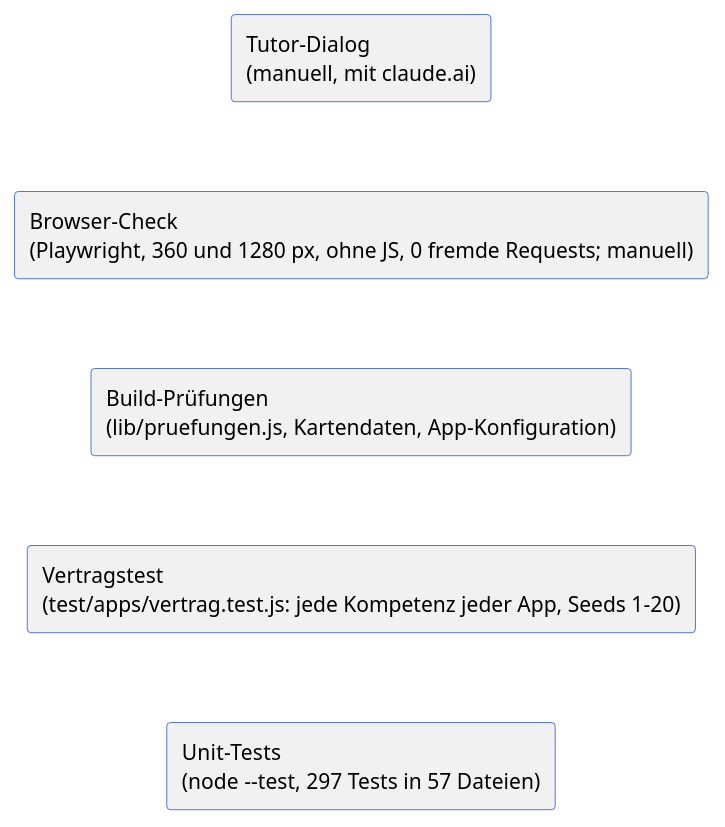
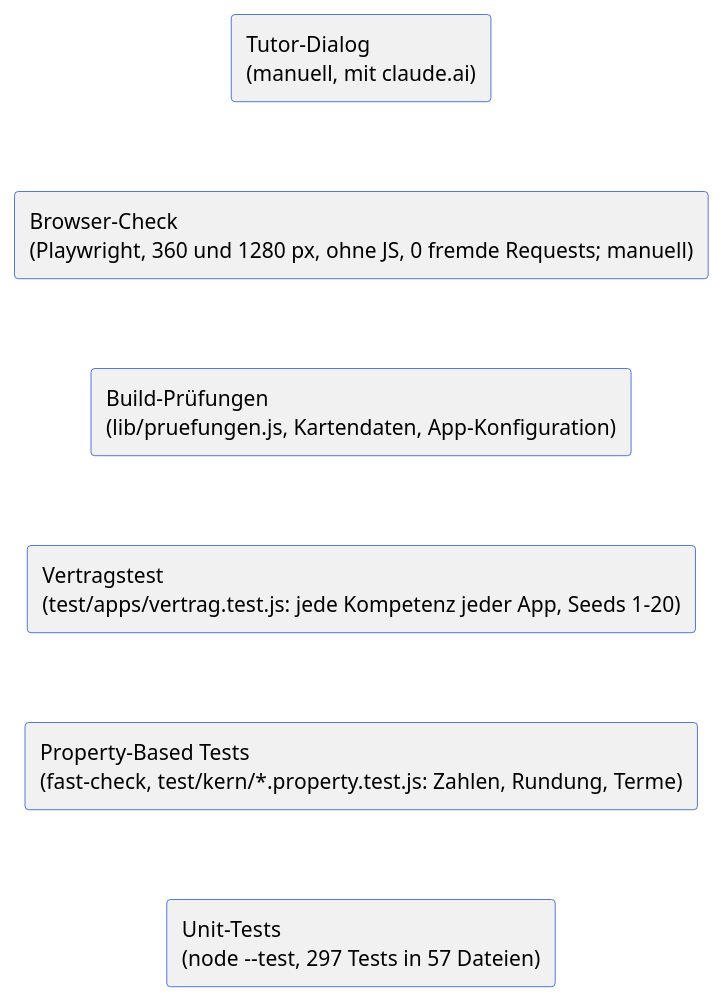
Before and after one commit to lernapps/lernapps.github.io: the diagram in src/docs/arc42/chapters/08_concepts.adoc, drawn with PlantUML. The commit also changed other lines of this file, not shown here.

Commit message:
docs(arc42): add property-based tests to the test pyramid in 8.3 (#22)

```diff
--- a/src/docs/arc42/chapters/08_concepts.adoc
+++ b/src/docs/arc42/chapters/08_concepts.adoc
@@ -82,15 +82,17 @@
 [plantuml, target=testpyramide, format=svg]
 ....
 @startuml
 skinparam rectangleBorderColor #1d4ed8
 rectangle "Tutor-Dialog\n(manuell, mit claude.ai)" as t5
 rectangle "Browser-Check\n(Playwright, 360 und 1280 px, ohne JS, 0 fremde Requests; manuell)" as t4
 rectangle "Build-Prüfungen\n(lib/pruefungen.js, Kartendaten, App-Konfiguration)" as t3
 rectangle "Vertragstest\n(test/apps/vertrag.test.js: jede Kompetenz jeder App, Seeds 1–20)" as t2
+rectangle "Property-Based Tests\n(fast-check, test/kern/*.property.test.js: Zahlen, Rundung, Terme)" as t1b
 rectangle "Unit-Tests\n(node --test, 297 Tests in 57 Dateien)" as t1
 t5 -[hidden]- t4
 t4 -[hidden]- t3
 t3 -[hidden]- t2
-t2 -[hidden]- t1
+t2 -[hidden]- t1b
+t1b -[hidden]- t1
 @enduml
 ....
```
